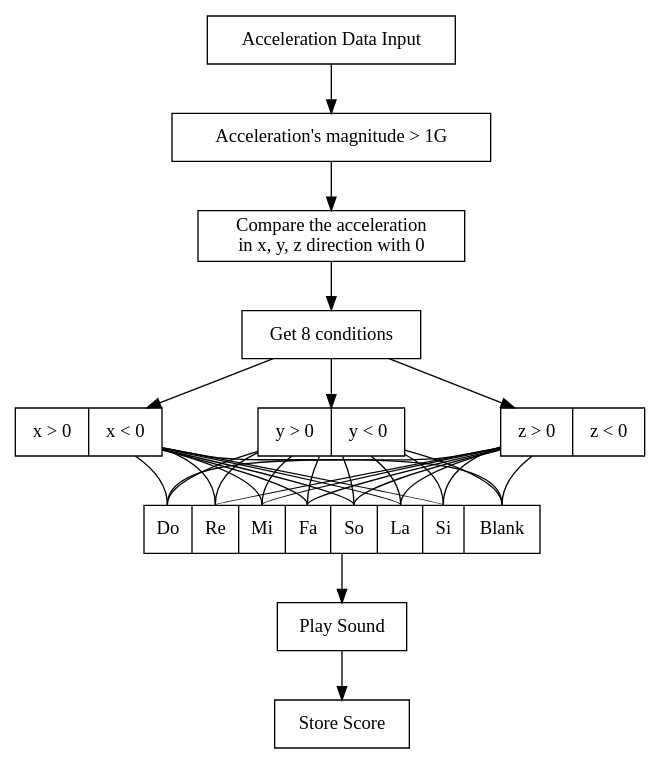
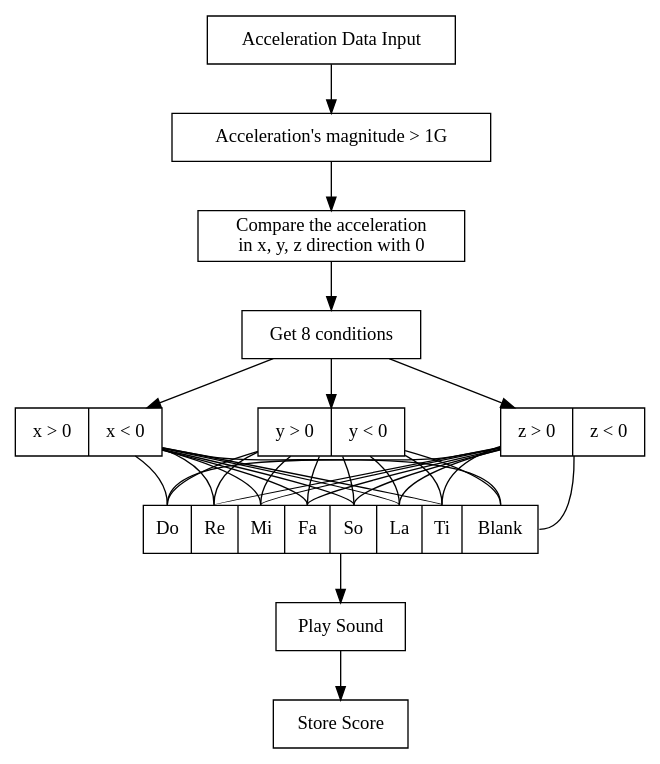
One commit to iamwrm/VG100_Final_Report changed the diagram in figWR/ma.dot. Above: the diagram before and after it, drawn with Graphviz. The commit also changed 7 other files, not shown here.

```diff
--- a/figWR/ma.dot
+++ b/figWR/ma.dot
@@ -1,65 +1,65 @@
 // Copyright (c) 2017 wangren
 // 
 // This software is released under the MIT License.
 // https://opensource.org/licenses/MIT
 
 
 
 digraph a {
 node[shape=record]
 
 graph [ nodesep=1]
 
 // label="Flow chart of the Index Script"
 
 
 start[label="Acceleration Data Input"]
 
 start->c0
 
 c0 [label="Acceleration's magnitude \> 1G"]
 
 c1[label="Compare the acceleration\n in x, y, z direction with 0"]
 
 c0->c1
 
 c2 [label="Get 8 conditions"]
 
 c1->c2
 
 c3 [label=" <s1>x \> 0 | <s2> x \< 0 "];
 c4 [label=" <s1>y \> 0 | <s2> y \< 0 "];
 c5 [label=" <s1>z \> 0 | <s2> z \< 0 "];
  
 c2->c3
 c2->c4
 c2->c5
 
-result [label = "<d1>Do|<d2>Re|<d3>Mi|<d4>Fa|<d5>So|<d6>La|<d7>Si|<d8>Blank"]
+result [label = "<d1>Do|<d2>Re|<d3>Mi|<d4>Fa|<d5>So|<d6>La|<d7>Ti|<d8>Blank"]
 
 
 {
 	edge[dir=none]
 
 	{c3:s1,c4:s1,c5:s1}->result:d1;
 	{c3:s1,c4:s2,c5:s1}->result:d2;
 	{c3:s2,c4:s1,c5:s1}->result:d3;
 	{c3:s2,c4:s2,c5:s1}->result:d4;
 	{c3:s1,c4:s1,c5:s2}->result:d5;
 	{c3:s1,c4:s2,c5:s2}->result:d6;
 	{c3:s2,c4:s1,c5:s2}->result:d7;
 	{c3:s2,c4:s2,c5:s2}->result:d8;
 	}
 
 result-> play
 
 play[label="Play Sound"]
 
 play -> store
 
 store[label="Store Score"]
 
 
 
 
 }
```
